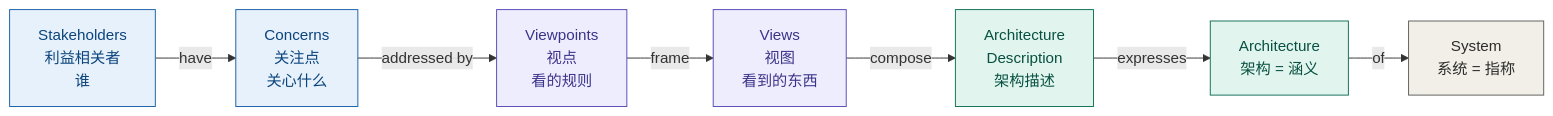
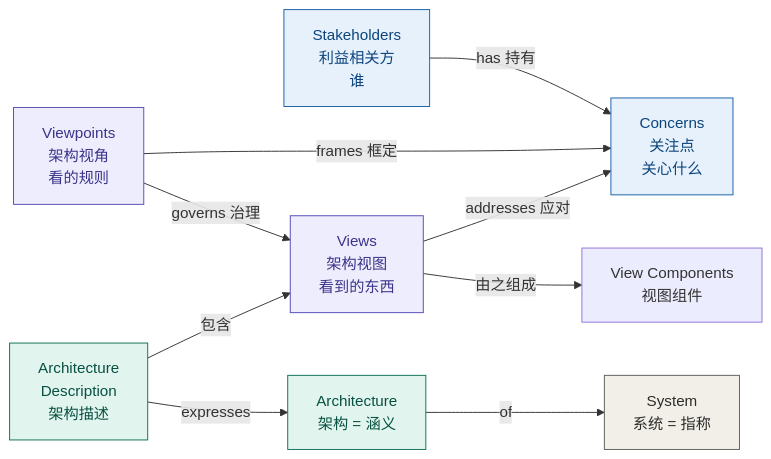
Before and after one commit to Yongjunzhou/AOS-system-design: diagram 19 of 24 in 100-subprojects/01-系统工程研究/00-系统工程相关研究报告/07-架构概念研究报告-从概念设计到架构.md, drawn with Mermaid. The commit also changed other lines of this file and 38 other files, not shown here.

````diff
--- a/100-subprojects/01-系统工程研究/00-系统工程相关研究报告/07-架构概念研究报告-从概念设计到架构.md
+++ b/100-subprojects/01-系统工程研究/00-系统工程相关研究报告/07-架构概念研究报告-从概念设计到架构.md
@@ -750,16 +788,18 @@
 ```mermaid
 flowchart LR
-    A["Stakeholders<br/>利益相关者<br/>谁"] -->|"have"| B["Concerns<br/>关注点<br/>关心什么"]
-    B -->|"addressed by"| C["Viewpoints<br/>视点<br/>看的规则"]
-    C -->|"frame"| D["Views<br/>视图<br/>看到的东西"]
-    D -->|"compose"| E["Architecture<br/>Description<br/>架构描述"]
+    A["Stakeholders<br/>利益相关方<br/>谁"] -->|"has 持有"| B["Concerns<br/>关注点<br/>关心什么"]
+    C["Viewpoints<br/>架构视角<br/>看的规则"] -->|"frames 框定"| B
+    C -->|"governs 治理"| D["Views<br/>架构视图<br/>看到的东西"]
+    D -->|"addresses 应对"| B
+    D -->|"由之组成"| H["View Components<br/>视图组件"]
+    E["Architecture<br/>Description<br/>架构描述"] -->|"包含"| D
     E -->|"expresses"| F["Architecture<br/>架构 = 涵义"]
     F -->|"of"| G["System<br/>系统 = 指称"]
     style A fill:#E6F1FB,stroke:#185FA5,color:#0C447C
     style B fill:#E6F1FB,stroke:#185FA5,color:#0C447C
     style C fill:#EEEDFE,stroke:#534AB7,color:#3C3489
     style D fill:#EEEDFE,stroke:#534AB7,color:#3C3489
     style E fill:#E1F5EE,stroke:#0F6E56,color:#085041
     style F fill:#E1F5EE,stroke:#0F6E56,color:#085041
     style G fill:#F1EFE8,stroke:#5F5E5A,color:#2C2C2A
 ```
````
